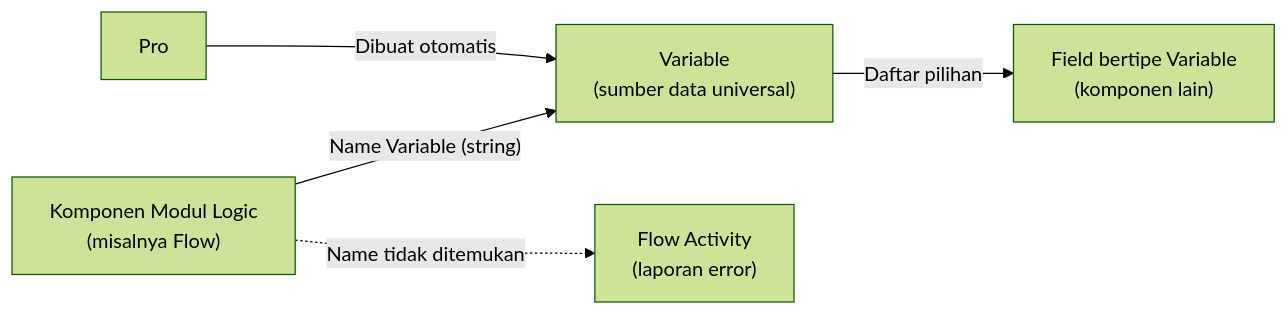
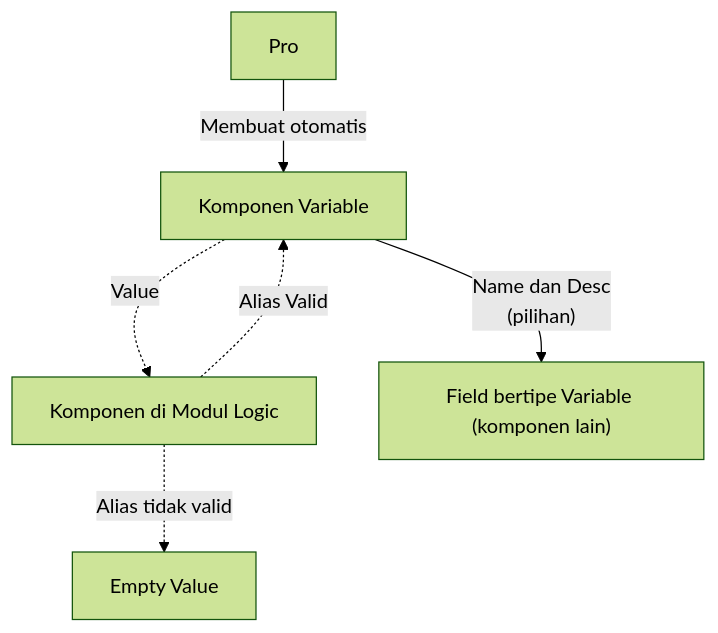
One commit to ginalne/phoenix-docs changed the first of 2 diagrams in Docs/Modul Data/Variable/Apa itu Variable.md. Above: the diagram before and after it, drawn with Mermaid (forest theme). The commit also changed other lines of this file and 1 other file, not shown here.

````diff
--- a/Docs/Modul Data/Variable/Apa itu Variable.md
+++ b/Docs/Modul Data/Variable/Apa itu Variable.md
@@ -36,7 +36,8 @@
 ```mermaid
-flowchart LR
-    P["Pro"] -->|"Dibuat otomatis"| V["Variable<br/>(sumber data universal)"]
-    V -->|"Daftar pilihan"| F["Field bertipe Variable<br/>(komponen lain)"]
-    L["Komponen Modul Logic<br/>(misalnya Flow)"] -->|"Name Variable (string)"| V
-    L -.->|"Name tidak ditemukan"| A["Flow Activity<br/>(laporan error)"]
+flowchart TB
+    V -.->|"Value"| L["Komponen di Modul Logic"]
+    P["Pro"] -->|"Membuat otomatis"| V["Komponen Variable"]
+    L -.->|"Alias Valid"| V
+    V -->|"Name dan Desc<br>(pilihan)"| F["Field bertipe Variable (komponen lain)"]
+    L -.->|"Alias tidak valid"| A["Empty Value"]
 ```
````
